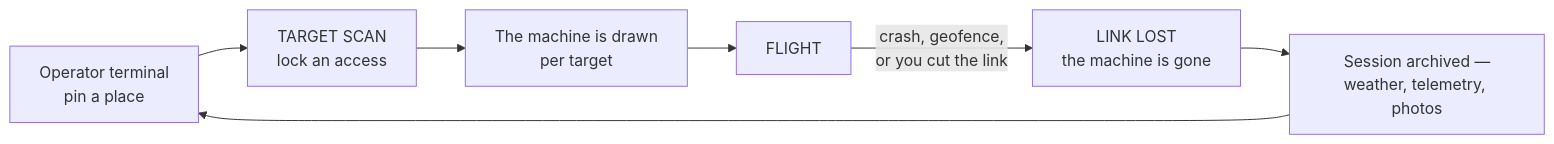
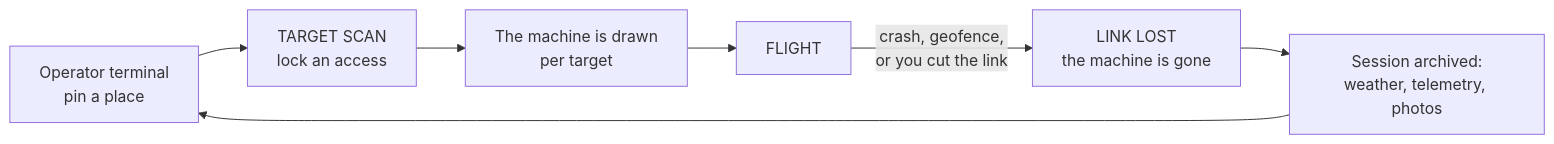
Before and after one commit to lionrayonnant/FPVThePlanet: the first of 2 diagrams in README.md, drawn with Mermaid. The commit also changed other lines of this file, not shown here.

````diff
--- a/README.md
+++ b/README.md
@@ -38,9 +39,9 @@
 ```mermaid
 flowchart LR
     TERM["Operator terminal<br/>pin a place"] --> SCAN["TARGET SCAN<br/>lock an access"]
     SCAN --> BUILD["The machine is drawn<br/>per target"]
     BUILD --> FLY["FLIGHT"]
     FLY -- "crash, geofence,<br/>or you cut the link" --> LOST["LINK LOST<br/>the machine is gone"]
-    LOST --> ARCH["Session archived —<br/>weather, telemetry, photos"]
+    LOST --> ARCH["Session archived:<br/>weather, telemetry, photos"]
     ARCH --> TERM
 ```
````
